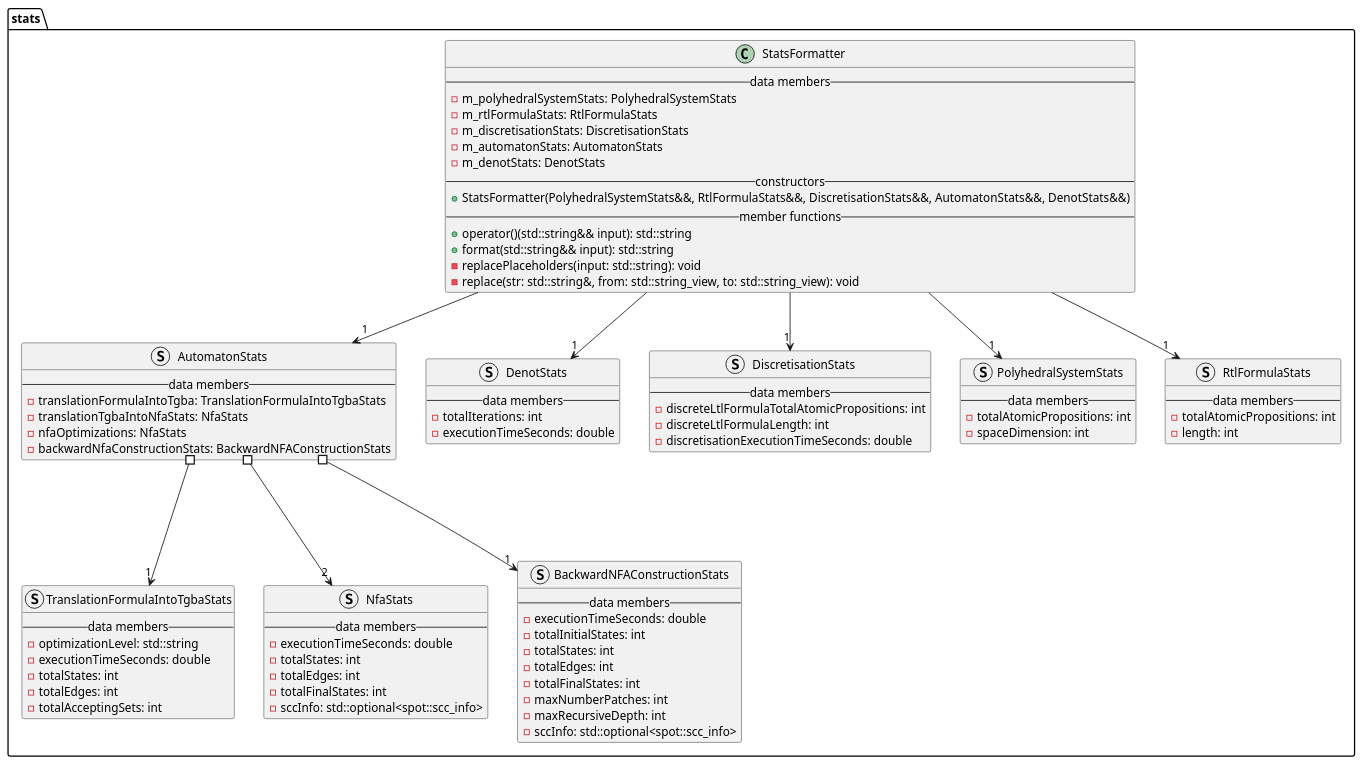
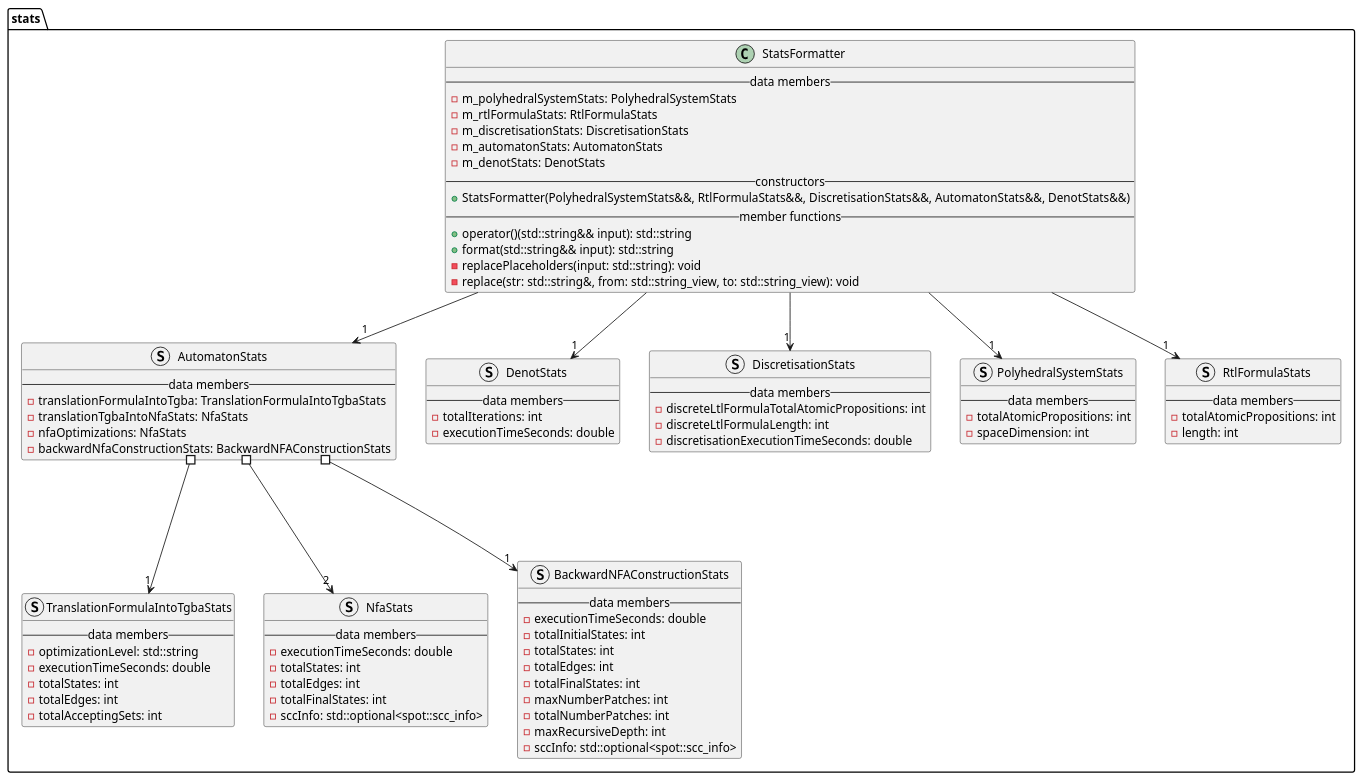
Before and after one commit to vtramo/rtl-mc: the diagram in docs/plantuml/stats.puml, drawn with PlantUML. The commit also changed 7 other files, not shown here.

Commit message:
feat: add total patches as BackwardNFA stat

```diff
--- a/docs/plantuml/stats.puml
+++ b/docs/plantuml/stats.puml
@@ -1,93 +1,94 @@
 @startuml
 
 package stats {
     struct AutomatonStats {
         --data members--
         -translationFormulaIntoTgba: TranslationFormulaIntoTgbaStats
         -translationTgbaIntoNfaStats: NfaStats
         -nfaOptimizations: NfaStats
         -backwardNfaConstructionStats: BackwardNFAConstructionStats
     }
 
     struct TranslationFormulaIntoTgbaStats {
         --data members--
         -optimizationLevel: std::string
         -executionTimeSeconds: double
         -totalStates: int
         -totalEdges: int
         -totalAcceptingSets: int
     }
 
     struct NfaStats {
         --data members--
         -executionTimeSeconds: double
         -totalStates: int
         -totalEdges: int
         -totalFinalStates: int
         -sccInfo: std::optional<spot::scc_info>
     }
 
     struct BackwardNFAConstructionStats {
         --data members--
         -executionTimeSeconds: double
         -totalInitialStates: int
         -totalStates: int
         -totalEdges: int
         -totalFinalStates: int
         -maxNumberPatches: int
+        -totalNumberPatches: int
         -maxRecursiveDepth: int
         -sccInfo: std::optional<spot::scc_info>
     }
 
     struct DenotStats {
         --data members--
         -totalIterations: int
         -executionTimeSeconds: double
     }
 
     struct DiscretisationStats {
         --data members--
         -discreteLtlFormulaTotalAtomicPropositions: int
         -discreteLtlFormulaLength: int
         -discretisationExecutionTimeSeconds: double
     }
 
     struct PolyhedralSystemStats {
         --data members--
         -totalAtomicPropositions: int
         -spaceDimension: int
     }
 
     struct RtlFormulaStats {
         --data members--
         -totalAtomicPropositions: int
         -length: int
     }
 
     class StatsFormatter {
         --data members--
         -m_polyhedralSystemStats: PolyhedralSystemStats
         -m_rtlFormulaStats: RtlFormulaStats
         -m_discretisationStats: DiscretisationStats
         -m_automatonStats: AutomatonStats
         -m_denotStats: DenotStats
         --constructors--
         +StatsFormatter(PolyhedralSystemStats&&, RtlFormulaStats&&, DiscretisationStats&&, AutomatonStats&&, DenotStats&&)
         --member functions--
         +operator()(std::string&& input): std::string
         +format(std::string&& input): std::string
         -replacePlaceholders(input: std::string): void
         -replace(str: std::string&, from: std::string_view, to: std::string_view): void
     }
 
     StatsFormatter --> "1" PolyhedralSystemStats
     StatsFormatter --> "1" RtlFormulaStats
     StatsFormatter --> "1" DiscretisationStats
     StatsFormatter --> "1" AutomatonStats
     StatsFormatter --> "1" DenotStats
     AutomatonStats #---> "1" TranslationFormulaIntoTgbaStats
     AutomatonStats #---> "1" BackwardNFAConstructionStats
     AutomatonStats #---> "2" NfaStats
 }
 
 @enduml
```
